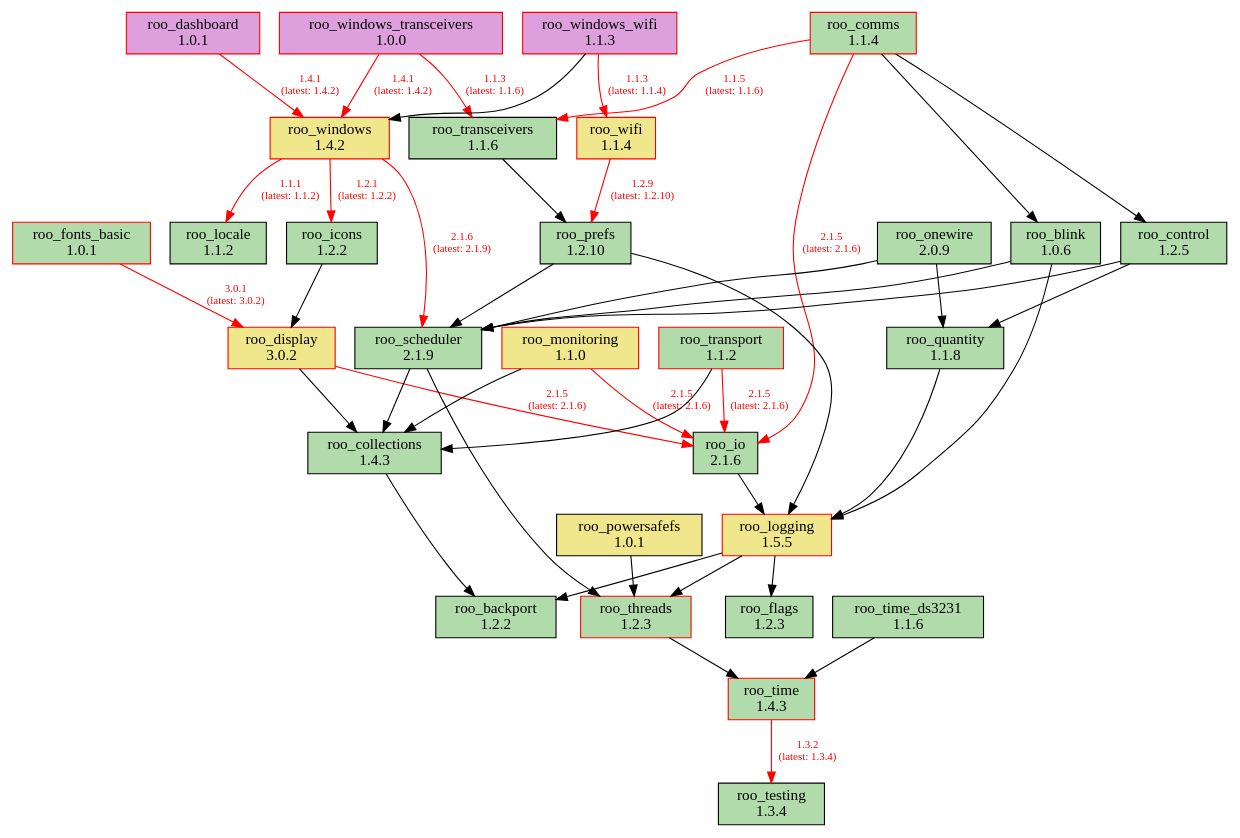
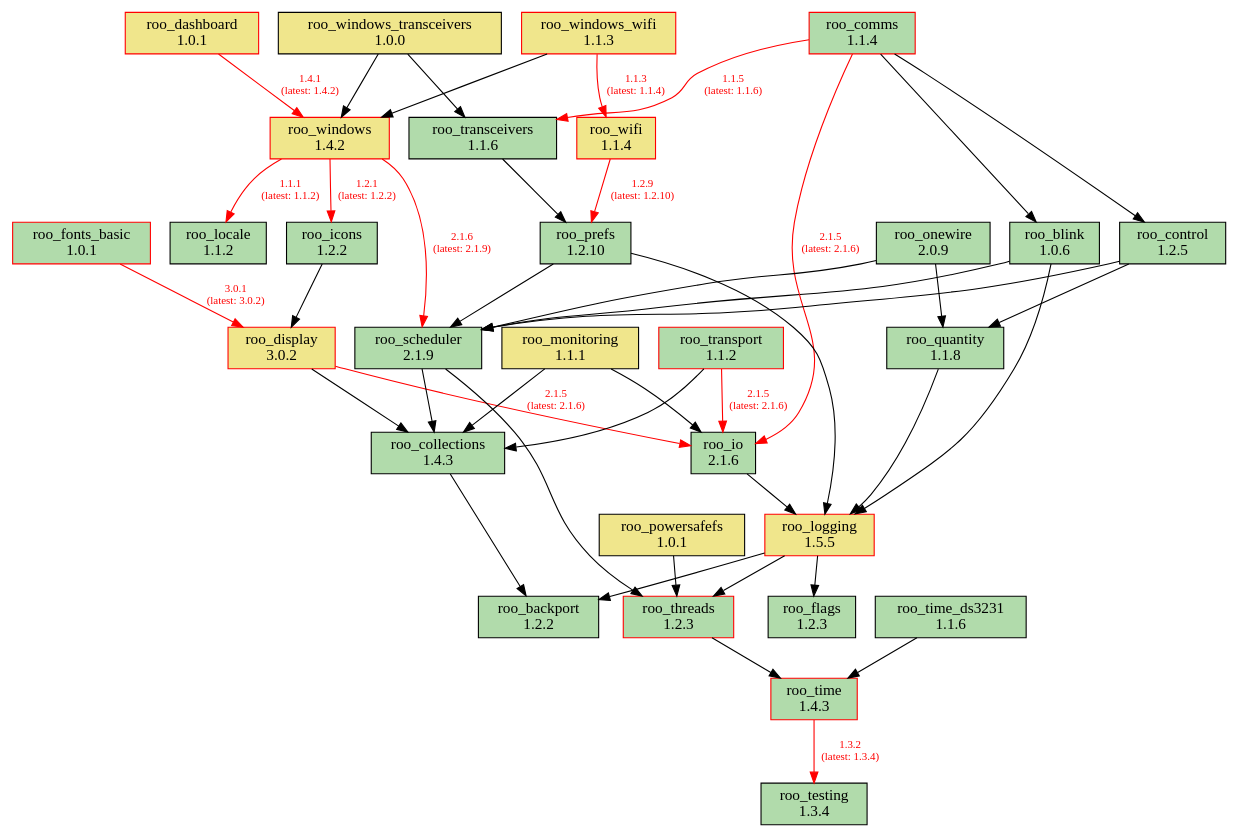
One commit to dejwk/roo-registry changed the diagram in doc/dependencies.dot. Above: the diagram before and after it, drawn with Graphviz. The commit also changed 3 other files, not shown here.

Commit message:
Added roo_monitoring 1.1.1 to the registry.

```diff
--- a/doc/dependencies.dot
+++ b/doc/dependencies.dot
@@ -1,80 +1,80 @@
 digraph dependencies {
     rankdir=TB;
     node [shape=box, style=filled];
     edge [fontsize=10];
 
     // Modules
     "roo_backport" [label="roo_backport\n1.2.2", fillcolor="#b1dbab", color="black"];
     "roo_blink" [label="roo_blink\n1.0.6", fillcolor="#b1dbab", color="black"];
     "roo_collections" [label="roo_collections\n1.4.3", fillcolor="#b1dbab", color="black"];
     "roo_comms" [label="roo_comms\n1.1.4", fillcolor="#b1dbab", color="red"];
     "roo_control" [label="roo_control\n1.2.5", fillcolor="#b1dbab", color="black"];
-    "roo_dashboard" [label="roo_dashboard\n1.0.1", fillcolor="plum", color="red"];
+    "roo_dashboard" [label="roo_dashboard\n1.0.1", fillcolor="khaki", color="red"];
     "roo_display" [label="roo_display\n3.0.2", fillcolor="khaki", color="red"];
     "roo_flags" [label="roo_flags\n1.2.3", fillcolor="#b1dbab", color="black"];
     "roo_fonts_basic" [label="roo_fonts_basic\n1.0.1", fillcolor="#b1dbab", color="red"];
     "roo_icons" [label="roo_icons\n1.2.2", fillcolor="#b1dbab", color="black"];
     "roo_io" [label="roo_io\n2.1.6", fillcolor="#b1dbab", color="black"];
     "roo_locale" [label="roo_locale\n1.1.2", fillcolor="#b1dbab", color="black"];
     "roo_logging" [label="roo_logging\n1.5.5", fillcolor="khaki", color="red"];
-    "roo_monitoring" [label="roo_monitoring\n1.1.0", fillcolor="khaki", color="red"];
+    "roo_monitoring" [label="roo_monitoring\n1.1.1", fillcolor="khaki", color="black"];
     "roo_onewire" [label="roo_onewire\n2.0.9", fillcolor="#b1dbab", color="black"];
     "roo_powersafefs" [label="roo_powersafefs\n1.0.1", fillcolor="khaki", color="black"];
     "roo_prefs" [label="roo_prefs\n1.2.10", fillcolor="#b1dbab", color="black"];
     "roo_quantity" [label="roo_quantity\n1.1.8", fillcolor="#b1dbab", color="black"];
     "roo_scheduler" [label="roo_scheduler\n2.1.9", fillcolor="#b1dbab", color="black"];
     "roo_testing" [label="roo_testing\n1.3.4", fillcolor="#b1dbab", color="black"];
     "roo_threads" [label="roo_threads\n1.2.3", fillcolor="#b1dbab", color="red"];
     "roo_time" [label="roo_time\n1.4.3", fillcolor="#b1dbab", color="red"];
     "roo_time_ds3231" [label="roo_time_ds3231\n1.1.6", fillcolor="#b1dbab", color="black"];
     "roo_transceivers" [label="roo_transceivers\n1.1.6", fillcolor="#b1dbab", color="black"];
     "roo_transport" [label="roo_transport\n1.1.2", fillcolor="#b1dbab", color="red"];
     "roo_wifi" [label="roo_wifi\n1.1.4", fillcolor="khaki", color="red"];
     "roo_windows" [label="roo_windows\n1.4.2", fillcolor="khaki", color="red"];
-    "roo_windows_transceivers" [label="roo_windows_transceivers\n1.0.0", fillcolor="plum", color="red"];
-    "roo_windows_wifi" [label="roo_windows_wifi\n1.1.3", fillcolor="plum", color="red"];
+    "roo_windows_transceivers" [label="roo_windows_transceivers\n1.0.0", fillcolor="khaki", color="black"];
+    "roo_windows_wifi" [label="roo_windows_wifi\n1.1.3", fillcolor="khaki", color="red"];
 
     // Dependencies
     "roo_blink" -> "roo_logging";
     "roo_blink" -> "roo_scheduler";
     "roo_collections" -> "roo_backport";
     "roo_comms" -> "roo_blink";
     "roo_comms" -> "roo_control";
     "roo_comms" -> "roo_io" [color=red, fontcolor=red, label="2.1.5\n(latest: 2.1.6)"];
     "roo_comms" -> "roo_transceivers" [color=red, fontcolor=red, label="1.1.5\n(latest: 1.1.6)"];
     "roo_control" -> "roo_quantity";
     "roo_control" -> "roo_scheduler";
     "roo_dashboard" -> "roo_windows" [color=red, fontcolor=red, label="1.4.1\n(latest: 1.4.2)"];
     "roo_display" -> "roo_collections";
     "roo_display" -> "roo_io" [color=red, fontcolor=red, label="2.1.5\n(latest: 2.1.6)"];
     "roo_fonts_basic" -> "roo_display" [color=red, fontcolor=red, label="3.0.1\n(latest: 3.0.2)"];
     "roo_icons" -> "roo_display";
     "roo_io" -> "roo_logging";
     "roo_logging" -> "roo_backport";
     "roo_logging" -> "roo_flags";
     "roo_logging" -> "roo_threads";
     "roo_monitoring" -> "roo_collections";
-    "roo_monitoring" -> "roo_io" [color=red, fontcolor=red, label="2.1.5\n(latest: 2.1.6)"];
+    "roo_monitoring" -> "roo_io";
     "roo_onewire" -> "roo_scheduler";
     "roo_onewire" -> "roo_quantity";
     "roo_powersafefs" -> "roo_threads";
     "roo_prefs" -> "roo_logging";
     "roo_prefs" -> "roo_scheduler";
     "roo_quantity" -> "roo_logging";
     "roo_scheduler" -> "roo_collections";
     "roo_scheduler" -> "roo_threads";
     "roo_threads" -> "roo_time";
     "roo_time" -> "roo_testing" [color=red, fontcolor=red, label="1.3.2\n(latest: 1.3.4)"];
     "roo_time_ds3231" -> "roo_time";
     "roo_transceivers" -> "roo_prefs";
     "roo_transport" -> "roo_collections";
     "roo_transport" -> "roo_io" [color=red, fontcolor=red, label="2.1.5\n(latest: 2.1.6)"];
     "roo_wifi" -> "roo_prefs" [color=red, fontcolor=red, label="1.2.9\n(latest: 1.2.10)"];
     "roo_windows" -> "roo_locale" [color=red, fontcolor=red, label="1.1.1\n(latest: 1.1.2)"];
     "roo_windows" -> "roo_icons" [color=red, fontcolor=red, label="1.2.1\n(latest: 1.2.2)"];
     "roo_windows" -> "roo_scheduler" [color=red, fontcolor=red, label="2.1.6\n(latest: 2.1.9)"];
-    "roo_windows_transceivers" -> "roo_transceivers" [color=red, fontcolor=red, label="1.1.3\n(latest: 1.1.6)"];
-    "roo_windows_transceivers" -> "roo_windows" [color=red, fontcolor=red, label="1.4.1\n(latest: 1.4.2)"];
+    "roo_windows_transceivers" -> "roo_transceivers";
+    "roo_windows_transceivers" -> "roo_windows";
     "roo_windows_wifi" -> "roo_wifi" [color=red, fontcolor=red, label="1.1.3\n(latest: 1.1.4)"];
     "roo_windows_wifi" -> "roo_windows";
 }
```
